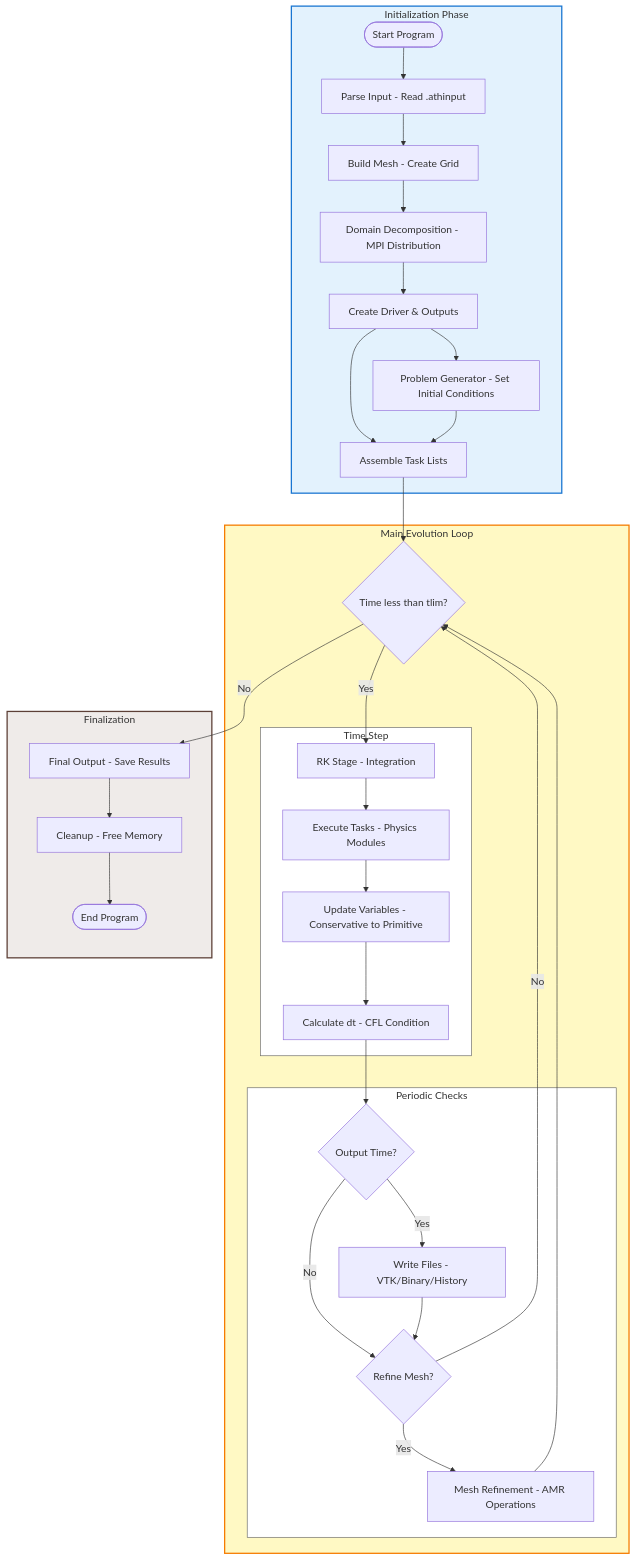
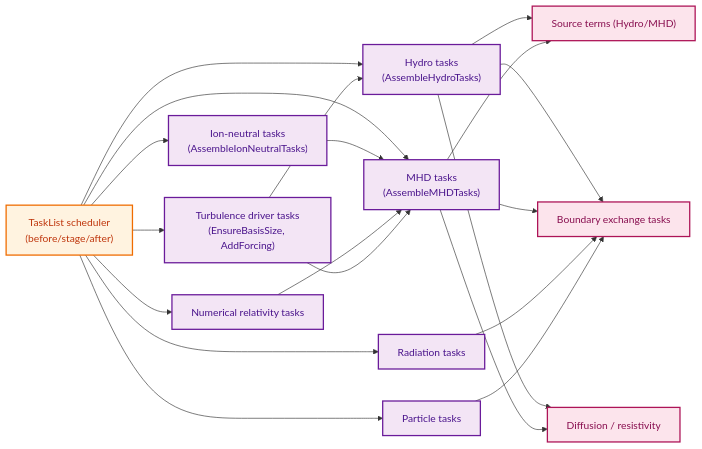
The second of 3 diagrams in docs/source/flowcharts/system_architecture.md (dfielding14/athenak), drawn with Mermaid before and after one commit. The commit also changed other lines of this file and 11 other files, not shown here.

Commit message:
docs: refresh flowcharts and supporting assets

````diff
--- a/docs/source/flowcharts/system_architecture.md
+++ b/docs/source/flowcharts/system_architecture.md
@@ -154,75 +143,54 @@
 ```{mermaid}
-flowchart TD
-    subgraph INIT[Initialization Phase]
-        START([Start Program])
-        PARSE[Parse Input - Read .athinput]
-        BUILD[Build Mesh - Create Grid]
-        DECOMP[Domain Decomposition - MPI Distribution]
-        DRIVER_INIT[Create Driver & Outputs]
-        PGEN_INIT[Problem Generator - Set Initial Conditions]
-        TASK_INIT[Assemble Task Lists]
-        
-        START --> PARSE
-        PARSE --> BUILD
-        BUILD --> DECOMP
-        DECOMP --> DRIVER_INIT
-        DRIVER_INIT --> PGEN_INIT
-        DRIVER_INIT --> TASK_INIT
-        PGEN_INIT --> TASK_INIT
-    end
+flowchart LR
+    classDef core fill:#fff3e0,stroke:#ef6c00,stroke-width:2px,color:#bf360c;
+    classDef phys fill:#f3e5f5,stroke:#6a1b9a,stroke-width:2px,color:#4a148c;
+    classDef support fill:#fce4ec,stroke:#ad1457,stroke-width:2px,color:#880e4f;
 
-    subgraph EVOLUTION[Main Evolution Loop]
-        LOOP{Time less than tlim?}
-        
-        subgraph TIMESTEP[Time Step]
-            STAGE[RK Stage - Integration]
-            TASKS_EXEC[Execute Tasks - Physics Modules]
-            UPDATE[Update Variables - Conservative to Primitive]
-            NEWDT[Calculate dt - CFL Condition]
-        end
-        
-        subgraph CHECKS[Periodic Checks]
-            OUTPUT_CHECK{Output Time?}
-            WRITE[Write Files - VTK/Binary/History]
-            AMR_CHECK{Refine Mesh?}
-            REFINE[Mesh Refinement - AMR Operations]
-        end
-        
-        TASK_INIT --> LOOP
-        LOOP -->|Yes| STAGE
-        STAGE --> TASKS_EXEC
-        TASKS_EXEC --> UPDATE
-        UPDATE --> NEWDT
-        NEWDT --> OUTPUT_CHECK
-        OUTPUT_CHECK -->|Yes| WRITE
-        OUTPUT_CHECK -->|No| AMR_CHECK
-        WRITE --> AMR_CHECK
-        AMR_CHECK -->|Yes| REFINE
-        AMR_CHECK -->|No| LOOP
-        REFINE --> LOOP
-    end
+    TL["TaskList scheduler\n(before/stage/after)"]:::core
+    HYDRO_TASKS["Hydro tasks\n(AssembleHydroTasks)"]:::phys
+    MHD_TASKS["MHD tasks\n(AssembleMHDTasks)"]:::phys
+    ION_TASKS["Ion-neutral tasks\n(AssembleIonNeutralTasks)"]:::phys
+    RAD_TASKS["Radiation tasks"]:::phys
+    NUMREL["Numerical relativity tasks"]:::phys
+    PART["Particle tasks"]:::phys
+    TURB_TASKS["Turbulence driver tasks\n(EnsureBasisSize, AddForcing)"]:::phys
 
-    subgraph FINALIZE[Finalization]
-        FINAL_OUT[Final Output - Save Results]
-        CLEANUP[Cleanup - Free Memory]
-        END([End Program])
-        
-        LOOP -->|No| FINAL_OUT
-        FINAL_OUT --> CLEANUP
-        CLEANUP --> END
-    end
+    BVAL_TASKS["Boundary exchange tasks"]:::support
+    DIFF_TASKS["Diffusion / resistivity"]:::support
+    SRC_TASKS["Source terms (Hydro/MHD)"]:::support
 
-    style INIT fill:#e3f2fd,stroke:#1976d2,stroke-width:2px
-    style EVOLUTION fill:#fff9c4,stroke:#f57c00,stroke-width:2px
-    style TIMESTEP fill:#ffffff,stroke:#666,stroke-width:1px
-    style CHECKS fill:#ffffff,stroke:#666,stroke-width:1px
-    style FINALIZE fill:#efebe9,stroke:#5d4037,stroke-width:2px
-    
-    click BUILD "../modules/mesh.html"
-    click DRIVER_INIT "../modules/driver.html"
-    click PGEN_INIT "../modules/pgen.html"
-    click TASK_INIT "../modules/tasklist.html"
-    click TASKS_EXEC "../modules/tasklist.html"
-    click WRITE "../modules/outputs.html"
-    click REFINE "../modules/mesh.html"
+    TL --> HYDRO_TASKS
+    TL --> MHD_TASKS
+    TL --> ION_TASKS
+    TL --> RAD_TASKS
+    TL --> NUMREL
+    TL --> PART
+    TL --> TURB_TASKS
+    HYDRO_TASKS --> SRC_TASKS
+    HYDRO_TASKS --> BVAL_TASKS
+    HYDRO_TASKS --> DIFF_TASKS
+    MHD_TASKS --> SRC_TASKS
+    MHD_TASKS --> BVAL_TASKS
+    MHD_TASKS --> DIFF_TASKS
+    ION_TASKS --> MHD_TASKS
+    NUMREL --> MHD_TASKS
+    RAD_TASKS --> BVAL_TASKS
+    PART --> BVAL_TASKS
+    TURB_TASKS --> HYDRO_TASKS
+    TURB_TASKS --> MHD_TASKS
+
+    class HYDRO_TASKS,MHD_TASKS,ION_TASKS,RAD_TASKS,NUMREL,PART,TURB_TASKS phys
+    class BVAL_TASKS,DIFF_TASKS,SRC_TASKS support
+
+    click TL "../modules/tasklist.html"
+    click HYDRO_TASKS "../modules/hydro.html"
+    click MHD_TASKS "../modules/mhd.html"
+    click ION_TASKS "../modules/ion_neutral.html"
+    click RAD_TASKS "../modules/radiation.html"
+    click NUMREL "../modules/dyn_grmhd.html"
+    click PART "../modules/particles.html"
+    click TURB_TASKS "../modules/srcterms.html#turbulence-driver"
+    click BVAL_TASKS "../modules/boundaries.html"
+    click DIFF_TASKS "../modules/diffusion.html"
+    click SRC_TASKS "../modules/srcterms.html"
 ```
````
